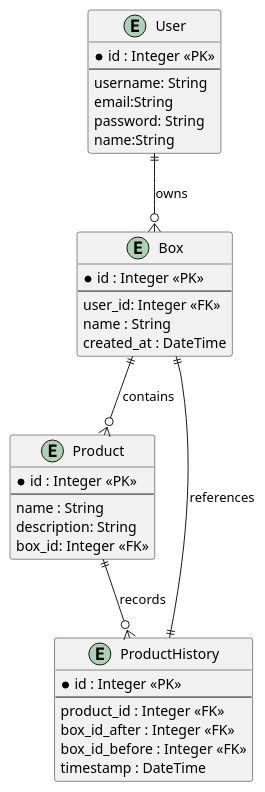
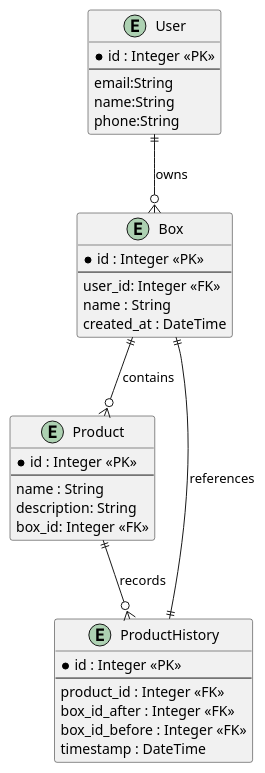
One commit to UTN-BDA/Grupo7 changed the diagram in docs/Entidad_Relacion.puml. Above: the diagram before and after it, drawn with PlantUML. The commit also changed 8 other files, not shown here.

```diff
--- a/docs/Entidad_Relacion.puml
+++ b/docs/Entidad_Relacion.puml
@@ -1,42 +1,41 @@
 @startuml EntityDiagram
 
 entity User {
     *id : Integer <<PK>>
     --
-    username: String
     email:String
-    password: String
     name:String
+    phone:String
 }
 entity Box {
     *id : Integer <<PK>>
     --
     user_id: Integer <<FK>>
     name : String
     created_at : DateTime
 }
 
 entity Product {
     *id : Integer <<PK>>
     --
     name : String
     description: String
     box_id: Integer <<FK>>
 }
 
 entity ProductHistory {
     *id : Integer <<PK>>
     --
     product_id : Integer <<FK>>
     box_id_after : Integer <<FK>>
     box_id_before : Integer <<FK>>
     timestamp : DateTime
 }
 
 ' Relaciones
 User ||--o{ Box : owns
 Box ||--o{ Product : contains
 Box ||--|| ProductHistory : references
 Product ||--o{ ProductHistory : records
 
 @enduml
```
